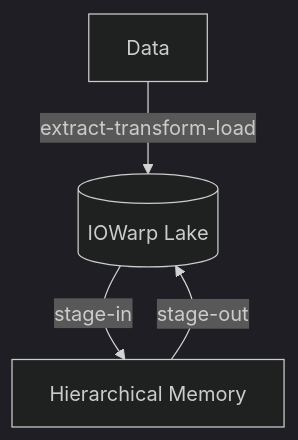
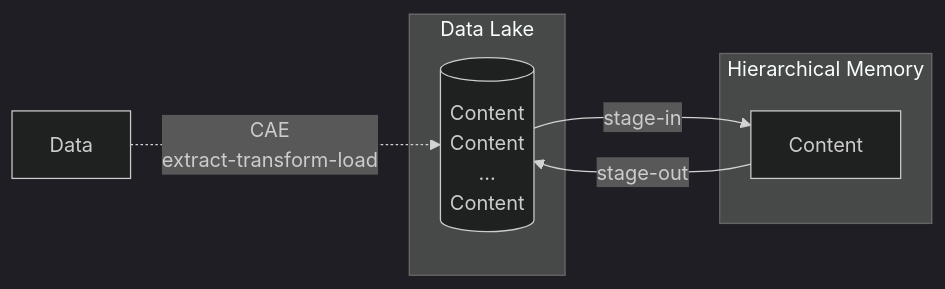
One commit to iowarp/content-assimilation-engine changed the diagram in README.md. Above: the diagram before and after it, drawn with Mermaid (dark theme).

Commit message:
docs: update diagram

````diff
--- a/README.md
+++ b/README.md
@@ -8,6 +8,21 @@
 ```mermaid
-flowchart TD
- A[Data] -->|extract-transform-load|B[(IOWarp Lake)]
- B-->|stage-in| D[Hierarchical Memory]
- D-->|stage-out| B
+graph LR
+A[Data] -.->|CAE
+extract-transform-load|S
+
+subgraph C["Data Lake"]
+ S[(Content
+    Content
+    ...
+    Content
+  )]
+end
+
+subgraph B[Hierarchical Memory]
+  M[Content]
+end
+
+
+S-->|stage-in|M
+M-->|stage-out|S
 ```
````
